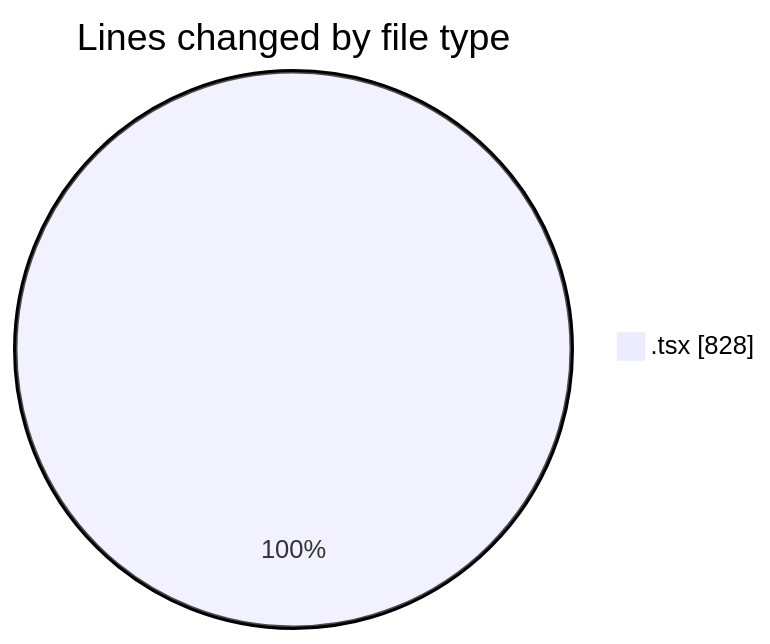
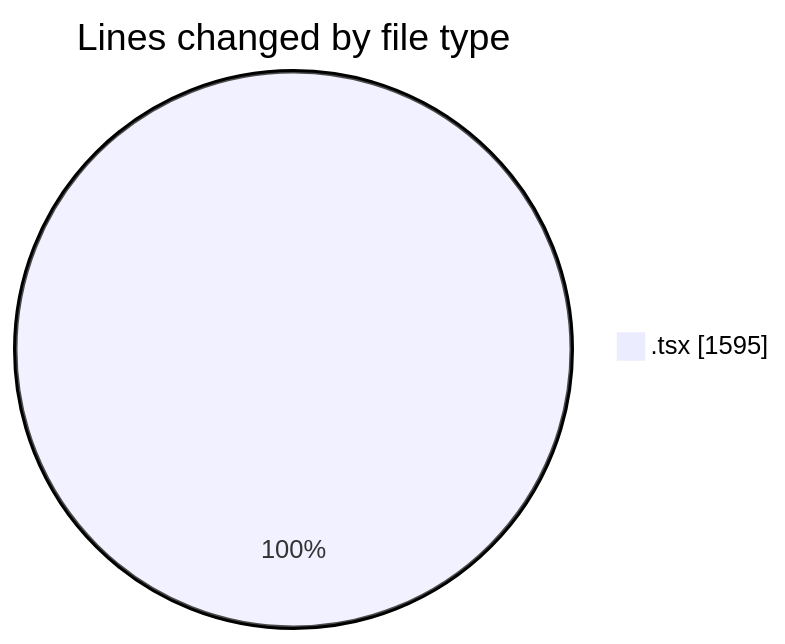
The first of 2 diagrams in 2025-06-12/cda/README.md (momahboobian/code-tracking), drawn with Mermaid before and after one commit. The commit also changed other lines of this file and 1 other file, not shown here.

````diff
--- a/2025-06-12/cda/README.md
+++ b/2025-06-12/cda/README.md
@@ -21,5 +22,5 @@
 ```mermaid
 pie showData
 title Lines changed by file type
-".tsx" : 828
+".tsx" : 1595
 ```
````
